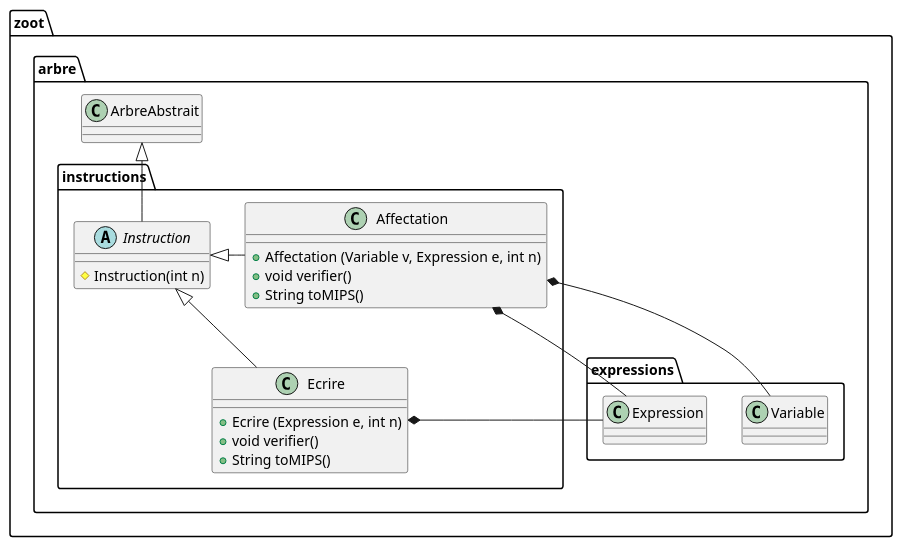
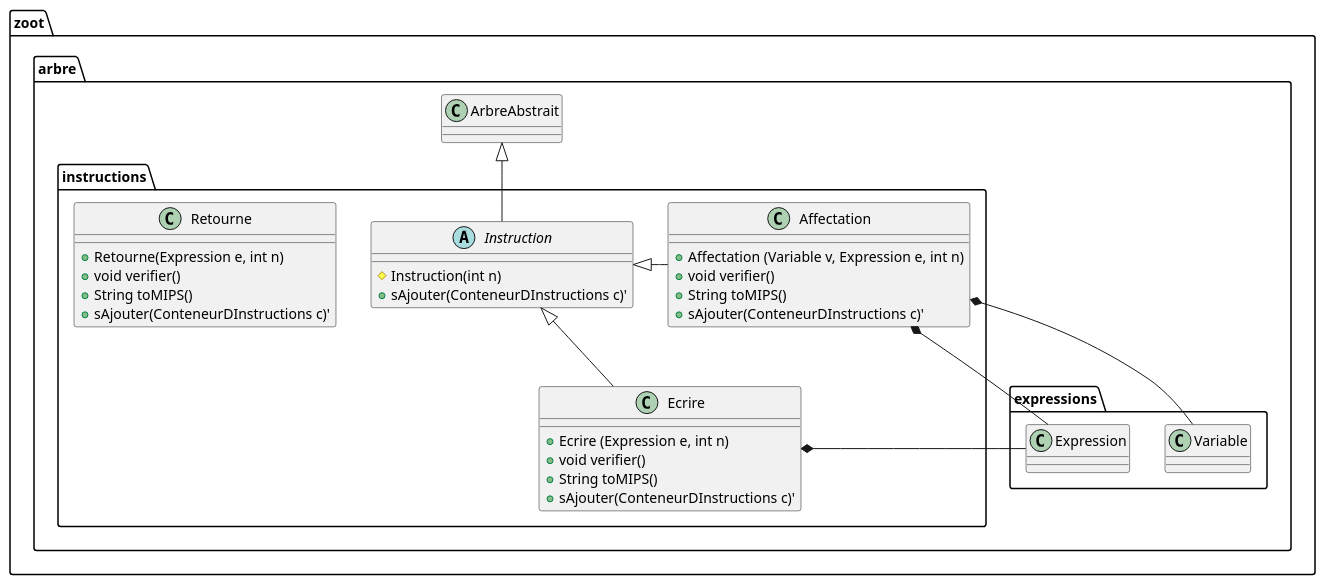
Before and after one commit to lmtb06/zoot: the diagram in diagrammes/classe/instructions.puml, drawn with PlantUML. The commit also changed 4 other files, not shown here.

First line of the commit message:
Ajout des diagrammes de classes pour zoot2

```diff
--- a/diagrammes/classe/instructions.puml
+++ b/diagrammes/classe/instructions.puml
@@ -1,31 +1,41 @@
 @startuml "Package instructions"
 
 namespace zoot.arbre.instructions {
     ' Includes
     ' Classes
     class Ecrire {
         + Ecrire (Expression e, int n)
         + void verifier()
         + String toMIPS()
+        + sAjouter(ConteneurDInstructions c)'
     }
 
     class Affectation {
         + Affectation (Variable v, Expression e, int n)
         + void verifier()
         + String toMIPS()
+        + sAjouter(ConteneurDInstructions c)'
+    }
+
+    class Retourne {
+        + Retourne(Expression e, int n)
+        + void verifier()
+        + String toMIPS()
+        + sAjouter(ConteneurDInstructions c)'
     }
 
     abstract class Instruction {
         # Instruction(int n)
+        + sAjouter(ConteneurDInstructions c)'
     }
     
     ' Relations entre les classes
     Ecrire -up-|> Instruction
     Ecrire *-right- zoot.arbre.expressions.Expression
     Instruction -up-|> zoot.arbre.ArbreAbstrait
     Affectation -right-|> Instruction
     Affectation *-- zoot.arbre.expressions.Variable
     Affectation *-down- zoot.arbre.expressions.Expression
 }
 
 @enduml
```
